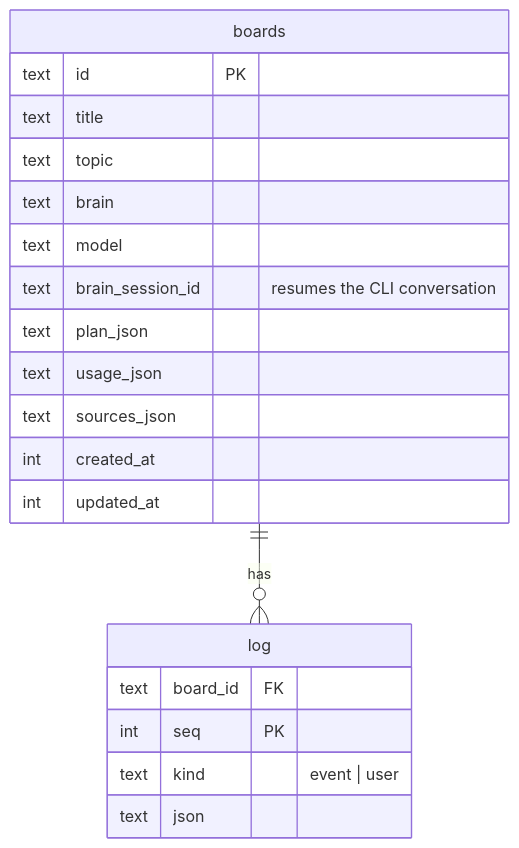
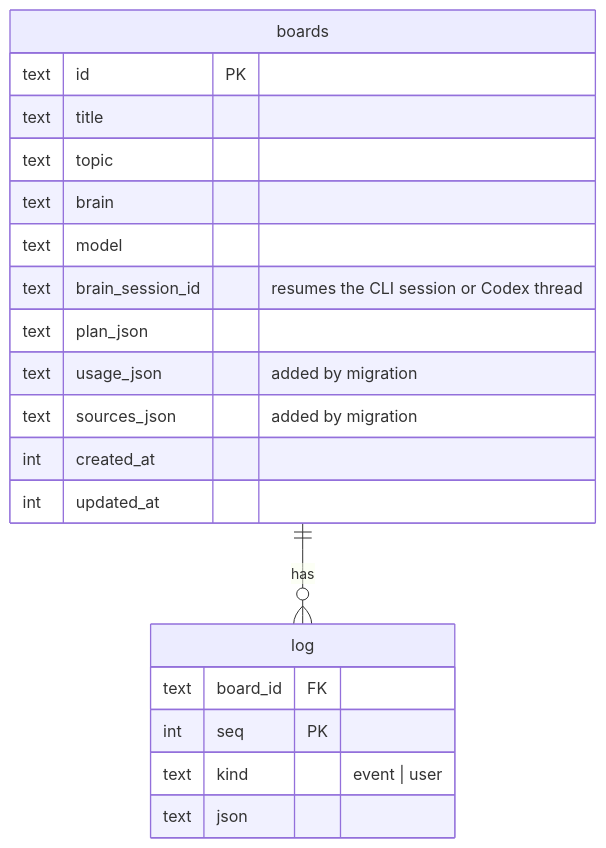
The fourth of 4 diagrams in ARCHITECTURE.md (delsqrdpsi/openstudy), drawn with Mermaid before and after one commit. The commit also changed other lines of this file, not shown here.

First line of the commit message:
Docs: ARCHITECTURE.md matches the code as merged

````diff
--- a/ARCHITECTURE.md
+++ b/ARCHITECTURE.md
@@ -150,23 +196,23 @@
 ```mermaid
 erDiagram
   boards ||--o{ log : has
   boards {
     text id PK
     text title
     text topic
     text brain
     text model
-    text brain_session_id "resumes the CLI conversation"
+    text brain_session_id "resumes the CLI session or Codex thread"
     text plan_json
-    text usage_json
-    text sources_json
+    text usage_json "added by migration"
+    text sources_json "added by migration"
     int created_at
     int updated_at
   }
   log {
     text board_id FK
     int seq PK
     text kind "event | user"
     text json
   }
 ```
````
